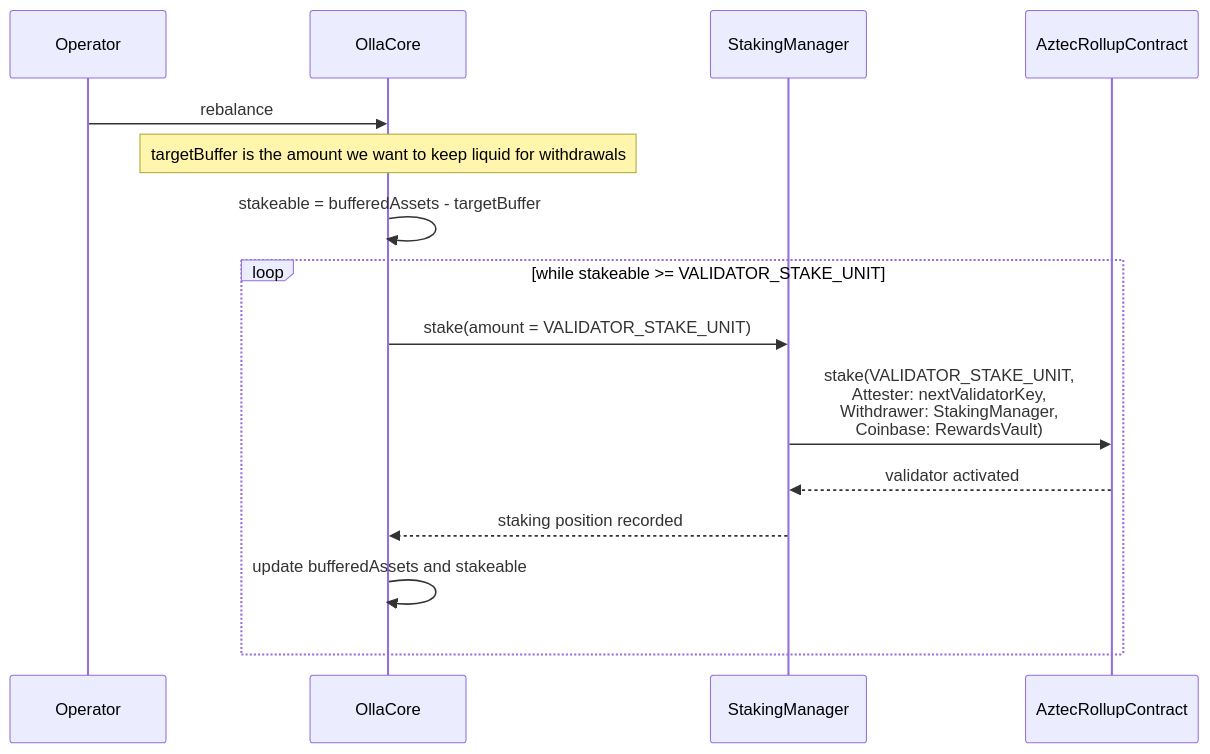
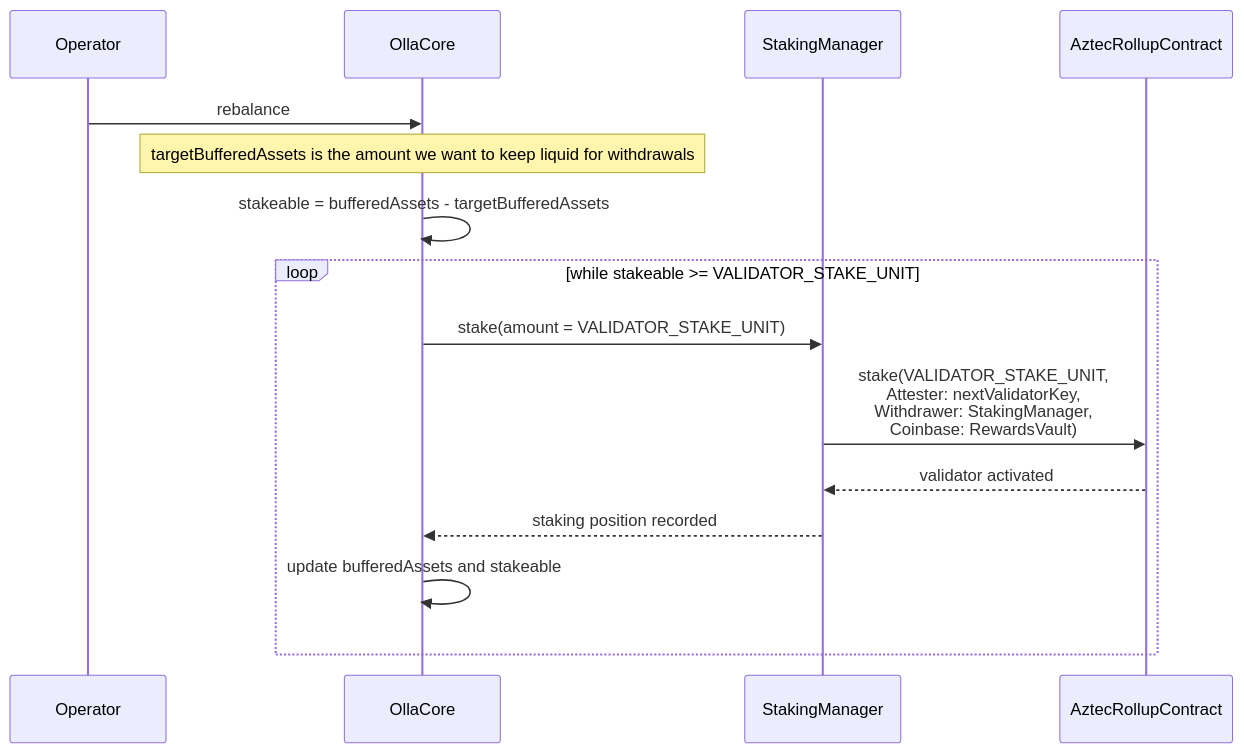
One commit to ollafinance/core changed the sixth of 7 diagrams in research/technical/architecture/flows.md. Above: the diagram before and after it, drawn with Mermaid. The commit also changed other lines of this file and 10 other files, not shown here.

````diff
--- a/research/technical/architecture/flows.md
+++ b/research/technical/architecture/flows.md
@@ -181,18 +181,18 @@
 ```mermaid
 sequenceDiagram
     participant OP as Operator
     participant C as OllaCore
     participant SR as StakingManager
     participant AR as AztecRollupContract
 
     OP->>C: rebalance
-    Note over C: targetBuffer is the amount we want to keep liquid for withdrawals
-    C->>C: stakeable = bufferedAssets - targetBuffer
+    Note over C: targetBufferedAssets is the amount we want to keep liquid for withdrawals
+    C->>C: stakeable = bufferedAssets - targetBufferedAssets
     loop while stakeable >= VALIDATOR_STAKE_UNIT
         C->>SR: stake(amount = VALIDATOR_STAKE_UNIT)
         SR->>AR: stake(VALIDATOR_STAKE_UNIT,<br/>Attester: nextValidatorKey,<br/>Withdrawer: StakingManager,<br/>Coinbase: RewardsVault)
         AR-->>SR: validator activated
         SR-->>C: staking position recorded
         C->>C: update bufferedAssets and stakeable
     end
 ```
````
